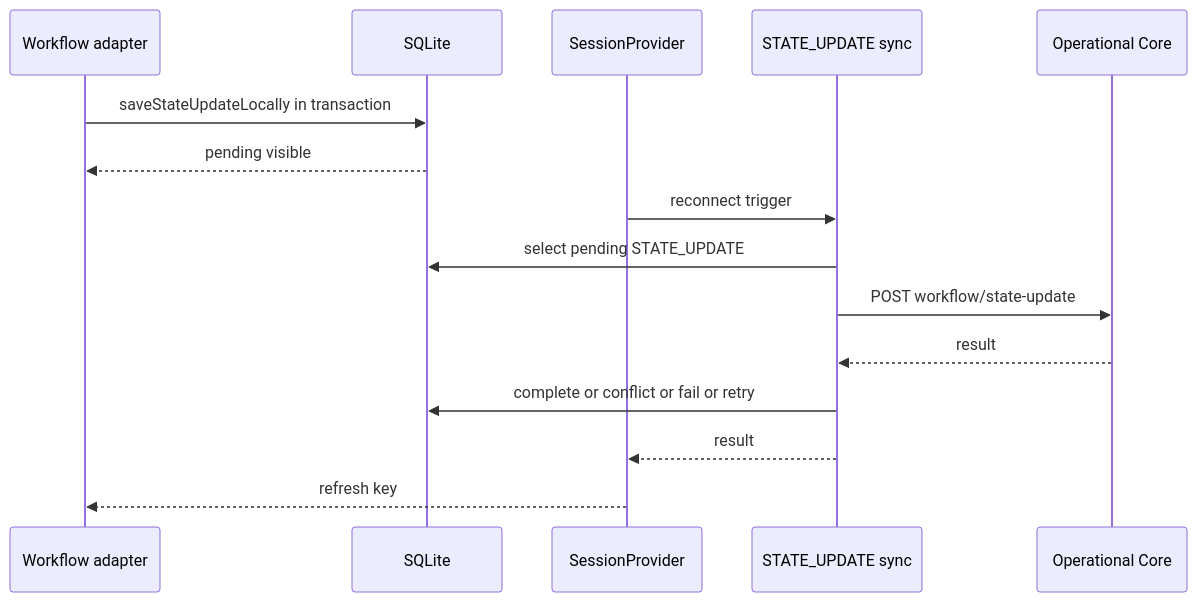
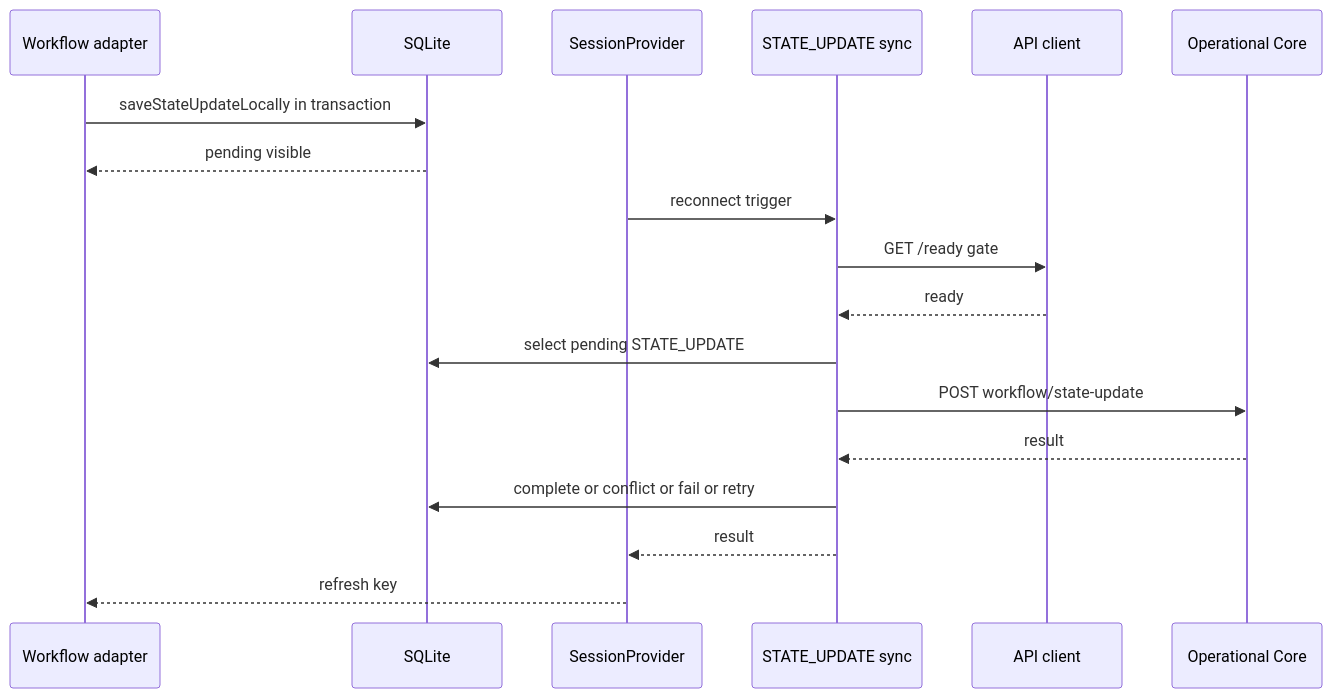
Before and after one commit to strabagdev/opco-client-v1: the ninth of 12 diagrams in docs/CLIENT_ARCHITECTURE.md, drawn with Mermaid. The commit also changed other lines of this file and 18 other files, not shown here.

Commit message:
fix: gate reconnect sync on backend readiness

````diff
--- a/docs/CLIENT_ARCHITECTURE.md
+++ b/docs/CLIENT_ARCHITECTURE.md
@@ -681,17 +685,20 @@
 ```mermaid
 sequenceDiagram
   participant UI as Workflow adapter
   participant DB as SQLite
   participant Session as SessionProvider
   participant Sync as STATE_UPDATE sync
+  participant API as API client
   participant Core as Operational Core
   UI->>DB: saveStateUpdateLocally in transaction
   DB-->>UI: pending visible
   Session->>Sync: reconnect trigger
+  Sync->>API: GET /ready gate
+  API-->>Sync: ready
   Sync->>DB: select pending STATE_UPDATE
   Sync->>Core: POST workflow/state-update
   Core-->>Sync: result
   Sync->>DB: complete or conflict or fail or retry
   Sync-->>Session: result
   Session-->>UI: refresh key
 ```
````
